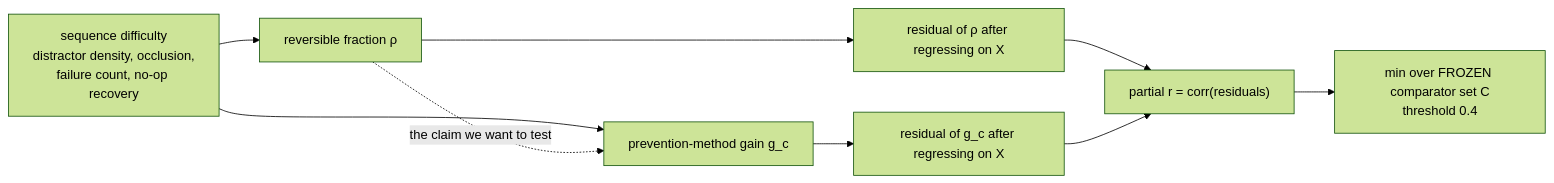
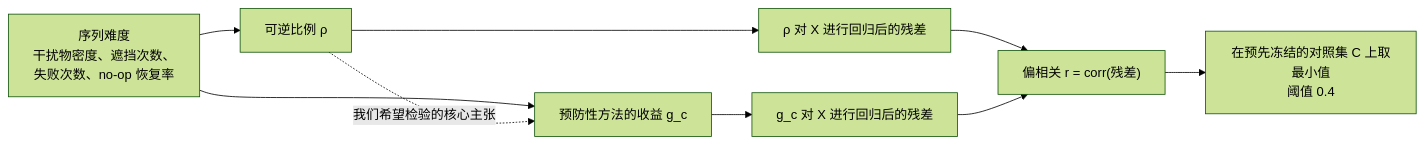
Before and after one commit to songkang688/idea: the fifth of 5 diagrams in Windows7/Idea_02/diagrams/architecture.md, drawn with Mermaid (forest theme). The commit also changed other lines of this file and 74 other files, not shown here.

````diff
--- a/Windows7/Idea_02/diagrams/architecture.md
+++ b/Windows7/Idea_02/diagrams/architecture.md
@@ -97,13 +90,13 @@
 ```mermaid
 flowchart LR
-    D["sequence difficulty<br/>distractor density, occlusion,<br/>failure count, no-op recovery"]
-    D --> RHO["reversible fraction ρ"]
-    D --> G["prevention-method gain g_c"]
-    RHO -.->|"the claim we want to test"| G
+    D["序列难度<br/>干扰物密度、遮挡次数、<br/>失败次数、no-op 恢复率"]
+    D --> RHO["可逆比例 ρ"]
+    D --> G["预防性方法的收益 g_c"]
+    RHO -.->|"我们希望检验的核心主张"| G
 
-    RHO --> P1["residual of ρ after regressing on X"]
-    G --> P2["residual of g_c after regressing on X"]
-    P1 --> PC["partial r = corr(residuals)"]
+    RHO --> P1["ρ 对 X 进行回归后的残差"]
+    G --> P2["g_c 对 X 进行回归后的残差"]
+    P1 --> PC["偏相关 r = corr(残差)"]
     P2 --> PC
-    PC --> MIN["min over FROZEN comparator set C<br/>threshold 0.4"]
+    PC --> MIN["在预先冻结的对照集 C 上取最小值<br/>阈值 0.4"]
 ```
````
